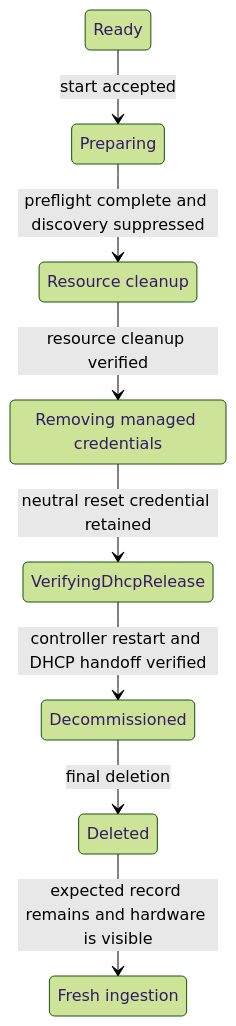
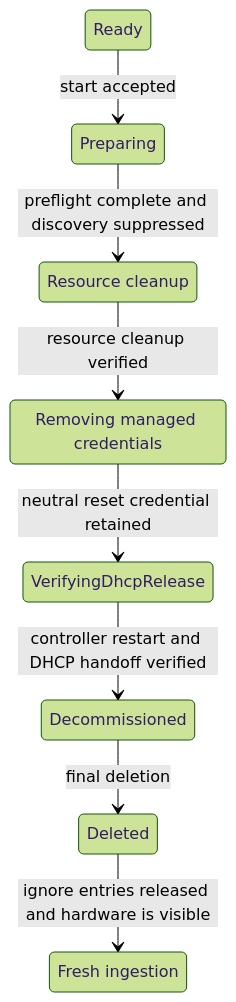
The first of 2 diagrams in docs/design/decommissioning/decommissioning-workflow.md (NVIDIA/bare-metal-manager-core), drawn with Mermaid (forest theme) before and after one commit. The commit also changed other lines of this file and 4 other files, not shown here.

Commit message:
allow retaining ignore entries for deferred re-ingestion/machine removal

````diff
--- a/docs/design/decommissioning/decommissioning-workflow.md
+++ b/docs/design/decommissioning/decommissioning-workflow.md
@@ -67,19 +69,19 @@
 ```mermaid
 stateDiagram-v2
     state "Ready" as Ready
     state "Preparing" as Preparing
     state "Resource cleanup" as Cleanup
     state "Removing managed credentials" as RemovingCredentials
     state "VerifyingDhcpRelease" as VerifyingDhcpRelease
     state "Decommissioned" as Decommissioned
     state "Deleted" as Deleted
     state "Fresh ingestion" as FreshIngestion
 
     Ready --> Preparing : start accepted
     Preparing --> Cleanup : preflight complete and discovery suppressed
     Cleanup --> RemovingCredentials : resource cleanup verified
     RemovingCredentials --> VerifyingDhcpRelease : neutral reset credential retained
     VerifyingDhcpRelease --> Decommissioned : controller restart and DHCP handoff verified
     Decommissioned --> Deleted : final deletion
-    Deleted --> FreshIngestion : expected record remains and hardware is visible
+    Deleted --> FreshIngestion : ignore entries released and hardware is visible
 ```
````
